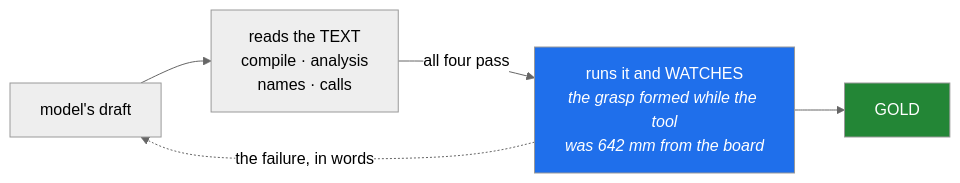
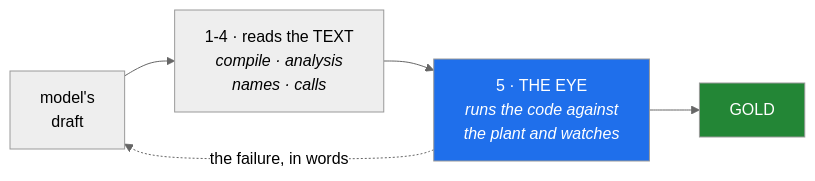
The second of 3 diagrams in docs/PRESENTATION_UTKAST.md (antonbj3/VC_Assist), drawn with Mermaid (neutral theme) before and after one commit. The commit also changed other lines of this file, not shown here.

````diff
--- a/docs/PRESENTATION_UTKAST.md
+++ b/docs/PRESENTATION_UTKAST.md
@@ -71,10 +67,10 @@
 ```mermaid
 flowchart LR
-    M["model's draft"] --> T["reads the TEXT<br/>compile · analysis<br/>names · calls"]
-    T -->|"all four pass"| O["runs it and WATCHES<br/><i>the grasp formed while the tool<br/>was 642 mm from the board</i>"]
+    M["model's<br/>draft"] --> T["1-4 · reads the TEXT<br/><i>compile · analysis<br/>names · calls</i>"]
+    T --> O["5 · THE EYE<br/><i>runs the code against<br/>the plant and watches</i>"]
+    O --> G["GOLD"]
     O -.->|"the failure, in words"| M
-    O --> G["GOLD"]
 
     style O fill:#1f6feb,color:#fff
     style G fill:#238636,color:#fff
 ```
````
